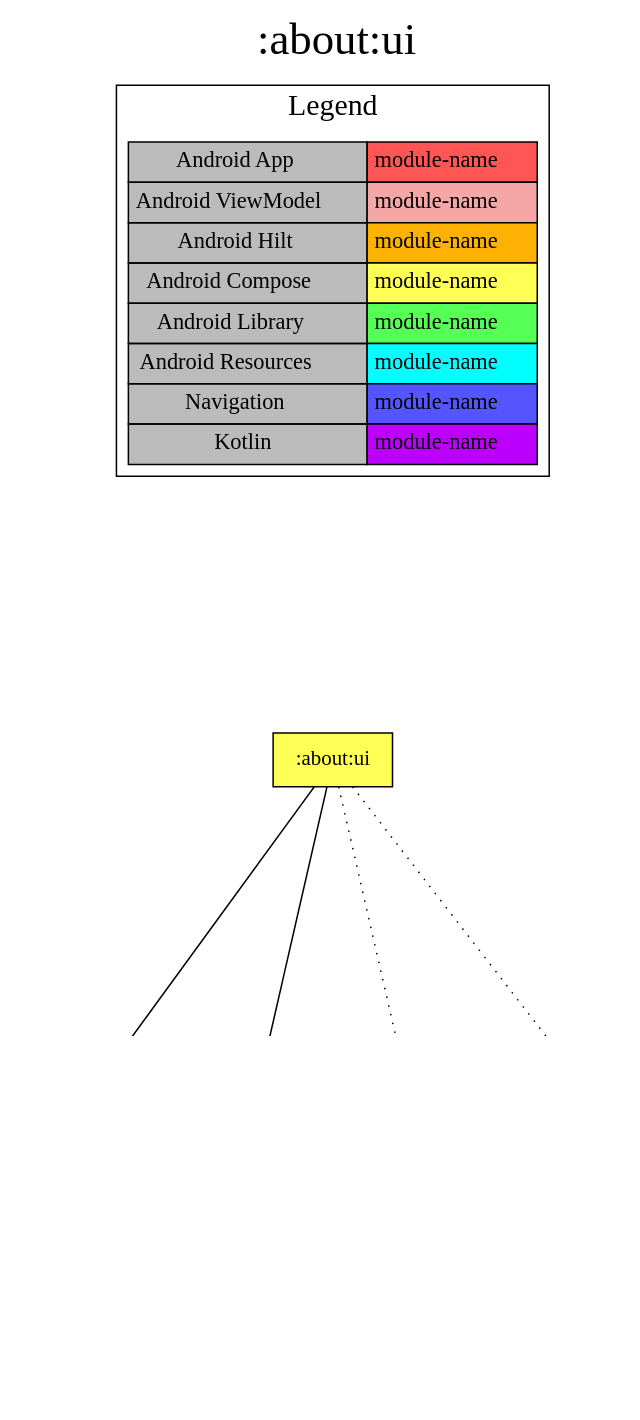
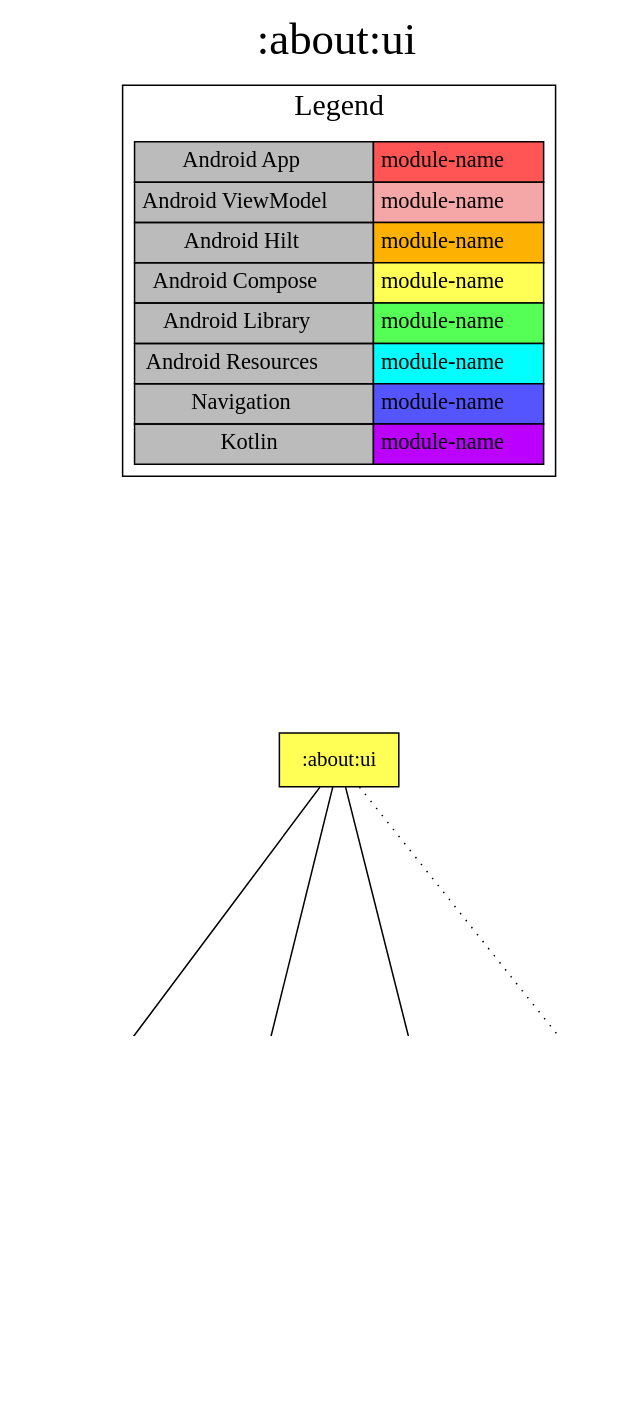
Before and after one commit to jonapoul/nasa-android: the diagram in modules/about/ui/project-dependency-graph.dot, drawn with Graphviz. The commit also changed 70 other files, not shown here.

```diff
--- a/modules/about/ui/project-dependency-graph.dot
+++ b/modules/about/ui/project-dependency-graph.dot
@@ -1,40 +1,40 @@
 digraph {
 edge ["dir"="forward"]
 graph ["dpi"="100","label"=":about:ui","labelloc"="t","fontsize"="30","ranksep"="2.5","rankdir"="TB"]
 node ["style"="filled"]
 ":about:ui" ["fillcolor"="#FFFF55","shape"="box"]
 ":about:vm" ["fillcolor"="#F5A6A6","shape"="box"]
 ":about:data" ["fillcolor"="#BB00FF","shape"="box"]
 ":core:ui" ["fillcolor"="#FFFF55","shape"="box"]
 ":core:model" ["fillcolor"="#BB00FF","shape"="box"]
 ":core:res" ["fillcolor"="#00FFFF","shape"="box"]
+":licenses:nav" ["fillcolor"="#5555FF","shape"="box"]
 ":about:res" ["fillcolor"="#00FFFF","shape"="box"]
-":licenses:nav" ["fillcolor"="#5555FF","shape"="box"]
 {
 edge ["dir"="none"]
 graph ["rank"="same"]
 }
 ":about:ui" -> ":about:vm"
 ":about:ui" -> ":core:ui"
+":about:ui" -> ":licenses:nav"
 ":about:ui" -> ":about:res" ["style"="dotted"]
-":about:ui" -> ":licenses:nav" ["style"="dotted"]
 ":about:vm" -> ":about:data"
 ":core:ui" -> ":core:model"
 ":core:ui" -> ":core:res"
 subgraph "cluster_legend" {
 edge ["dir"="none"]
 graph ["label"="Legend","fontsize"="20"]
 "Legend" ["style"="filled","fillcolor"="#bbbbbb","shape"="none","margin"="0","fontsize"="15","label"=<
 <TABLE BORDER="0" CELLBORDER="1" CELLSPACING="0" CELLPADDING="4">
 <TR><TD>Android App</TD><TD BGCOLOR="#FF5555">module-name</TD></TR>
 <TR><TD>Android ViewModel</TD><TD BGCOLOR="#F5A6A6">module-name</TD></TR>
 <TR><TD>Android Hilt</TD><TD BGCOLOR="#FCB103">module-name</TD></TR>
 <TR><TD>Android Compose</TD><TD BGCOLOR="#FFFF55">module-name</TD></TR>
 <TR><TD>Android Library</TD><TD BGCOLOR="#55FF55">module-name</TD></TR>
 <TR><TD>Android Resources</TD><TD BGCOLOR="#00FFFF">module-name</TD></TR>
 <TR><TD>Navigation</TD><TD BGCOLOR="#5555FF">module-name</TD></TR>
 <TR><TD>Kotlin</TD><TD BGCOLOR="#BB00FF">module-name</TD></TR>
 </TABLE>
 >]
 } -> ":about:ui" ["style"="invis"]
 }
```
